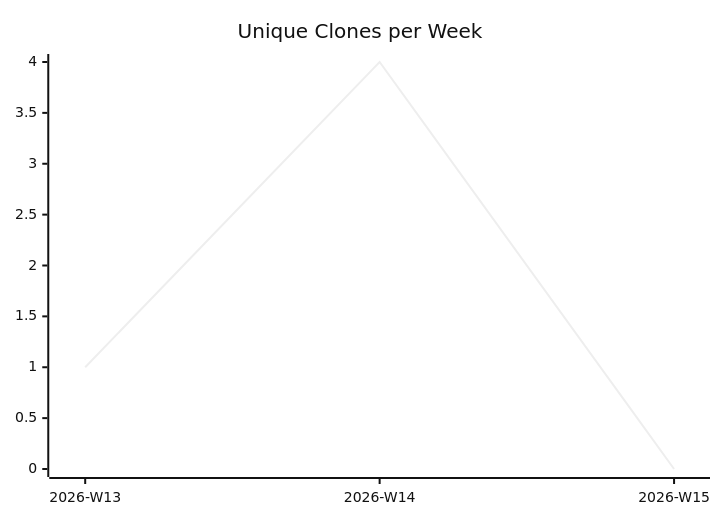
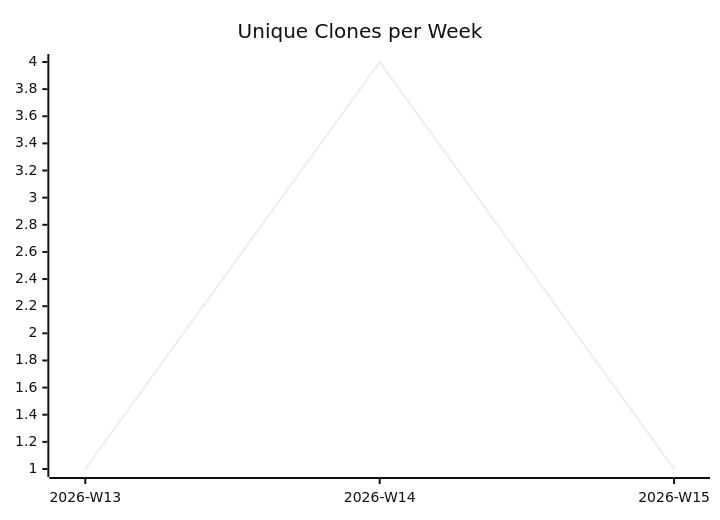
The third of 3 diagrams in karlmdavis/justdavis-puppet/README.md (justdavis-family/github-analytics-data), drawn with Mermaid (neutral theme) before and after one commit. The commit also changed other lines of this file and 174 other files, not shown here.

````diff
--- a/karlmdavis/justdavis-puppet/README.md
+++ b/karlmdavis/justdavis-puppet/README.md
@@ -19,6 +19,6 @@
 ```mermaid
 xychart-beta
   title "Unique Clones per Week"
   x-axis ["2026-W13", "2026-W14", "2026-W15"]
-  line [1, 4, 0]
+  line [1, 4, 1]
 ```
````
